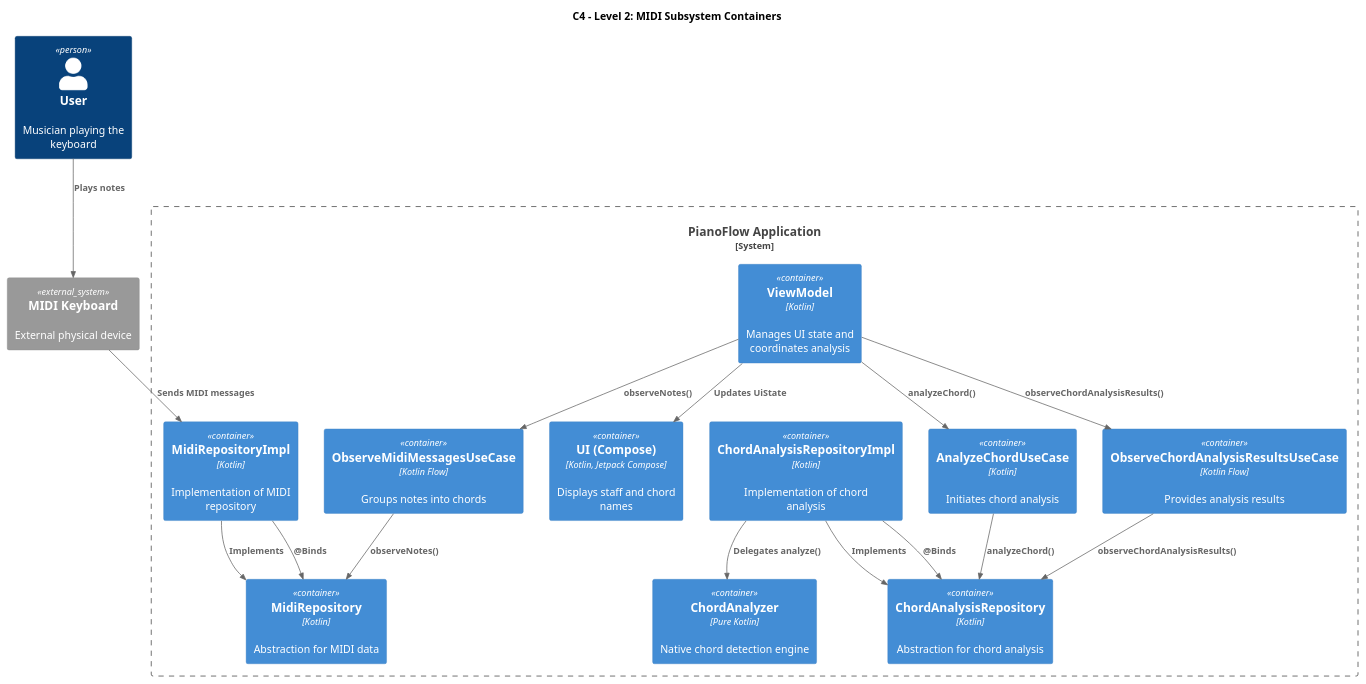
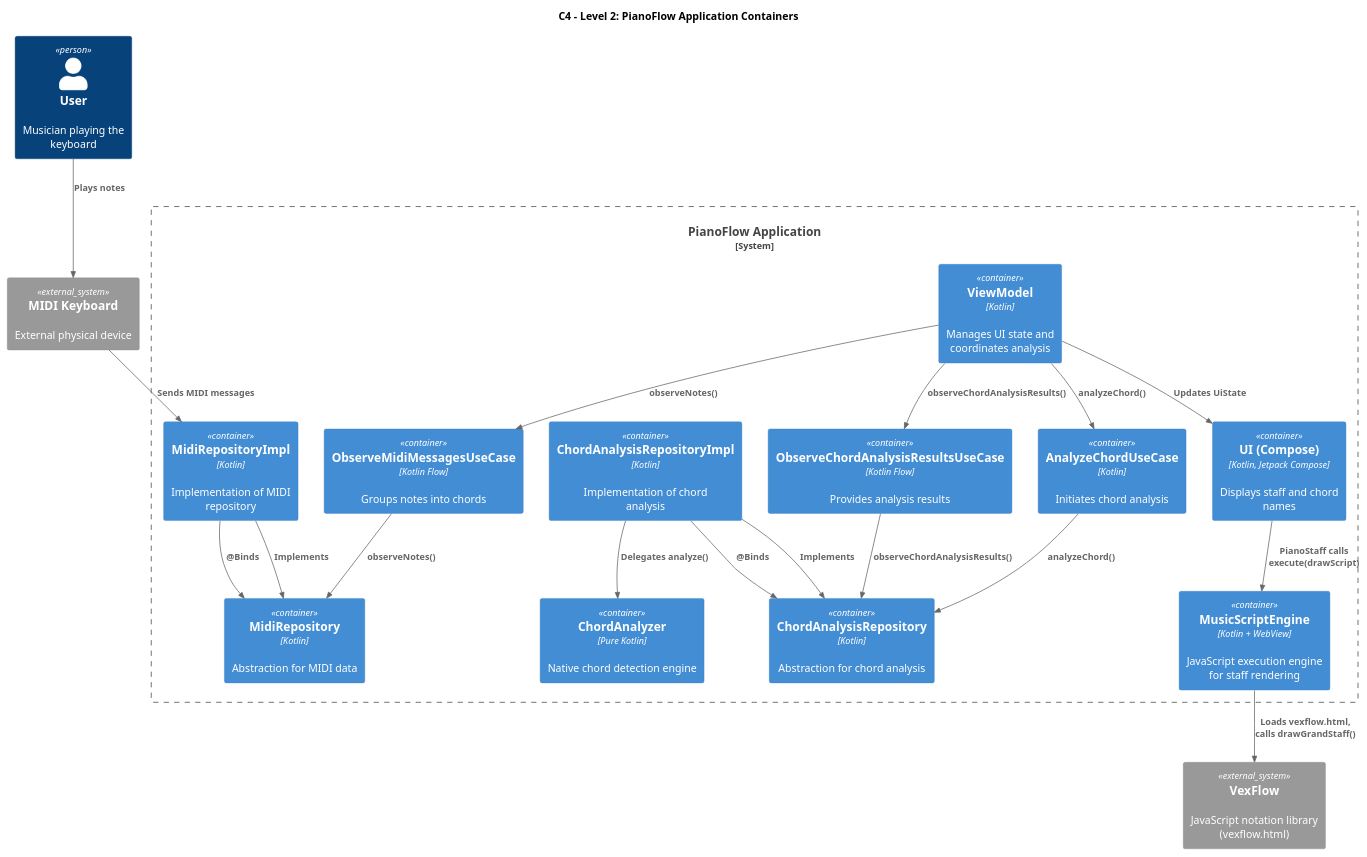
One commit to astrizhachuk/PianoFlow changed the first of 10 diagrams in docs/en/specs/MIDI_MESSAGE_PROCESSING.md. Above: the diagram before and after it, drawn with PlantUML. The commit also changed other lines of this file and 5 other files, not shown here.

Commit message:
refactor: добавить MusicScriptEngine для выполнения JavaScript в WebView и тесты для него

````diff
--- a/docs/en/specs/MIDI_MESSAGE_PROCESSING.md
+++ b/docs/en/specs/MIDI_MESSAGE_PROCESSING.md
@@ -49,43 +52,47 @@
 ```plantuml
 @startuml
 !include https://raw.githubusercontent.com/plantuml-stdlib/C4-PlantUML/master/C4_Container.puml
 
-title C4 - Level 2: MIDI Subsystem Containers
+title C4 - Level 2: PianoFlow Application Containers
 
 Person(user, "User", "Musician playing the keyboard")
 System_Ext(midi_device, "MIDI Keyboard", "External physical device")
+System_Ext(vexflow, "VexFlow", "JavaScript notation library (vexflow.html)")
 
 System_Boundary(piano_flow, "PianoFlow Application") {
     Container(ui, "UI (Compose)", "Kotlin, Jetpack Compose", "Displays staff and chord names")
     Container(vm, "ViewModel", "Kotlin", "Manages UI state and coordinates analysis")
     Container(observe_midi, "ObserveMidiMessagesUseCase", "Kotlin Flow", "Groups notes into chords")
     Container(analyze_chord, "AnalyzeChordUseCase", "Kotlin", "Initiates chord analysis")
     Container(observe_chord, "ObserveChordAnalysisResultsUseCase", "Kotlin Flow", "Provides analysis results")
     Container(midi_repo, "MidiRepository", "Kotlin", "Abstraction for MIDI data")
     Container(chord_repo, "ChordAnalysisRepository", "Kotlin", "Abstraction for chord analysis")
     Container(midi_repo_impl, "MidiRepositoryImpl", "Kotlin", "Implementation of MIDI repository")
     Container(chord_repo_impl, "ChordAnalysisRepositoryImpl", "Kotlin", "Implementation of chord analysis")
     Container(chord_analyzer, "ChordAnalyzer", "Pure Kotlin", "Native chord detection engine")
+    Container(script_engine, "MusicScriptEngine", "Kotlin + WebView", "JavaScript execution engine for staff rendering")
 }
 
 Rel(user, midi_device, "Plays notes")
 Rel(midi_device, midi_repo_impl, "Sends MIDI messages")
 Rel(midi_repo_impl, midi_repo, "Implements")
 Rel(chord_repo_impl, chord_repo, "Implements")
 Rel(chord_repo_impl, chord_analyzer, "Delegates analyze()")
 
 Rel(vm, observe_midi, "observeNotes()")
 Rel(vm, analyze_chord, "analyzeChord()")
 Rel(vm, observe_chord, "observeChordAnalysisResults()")
 
 Rel(observe_midi, midi_repo, "observeNotes()")
 Rel(analyze_chord, chord_repo, "analyzeChord()")
 Rel(observe_chord, chord_repo, "observeChordAnalysisResults()")
 
 Rel(midi_repo_impl, midi_repo, "@Binds")
 Rel(chord_repo_impl, chord_repo, "@Binds")
 
 Rel(vm, ui, "Updates UiState")
+Rel(ui, script_engine, "PianoStaff calls execute(drawScript)")
+Rel(script_engine, vexflow, "Loads vexflow.html, calls drawGrandStaff()")
 
 @enduml
 ```
````
